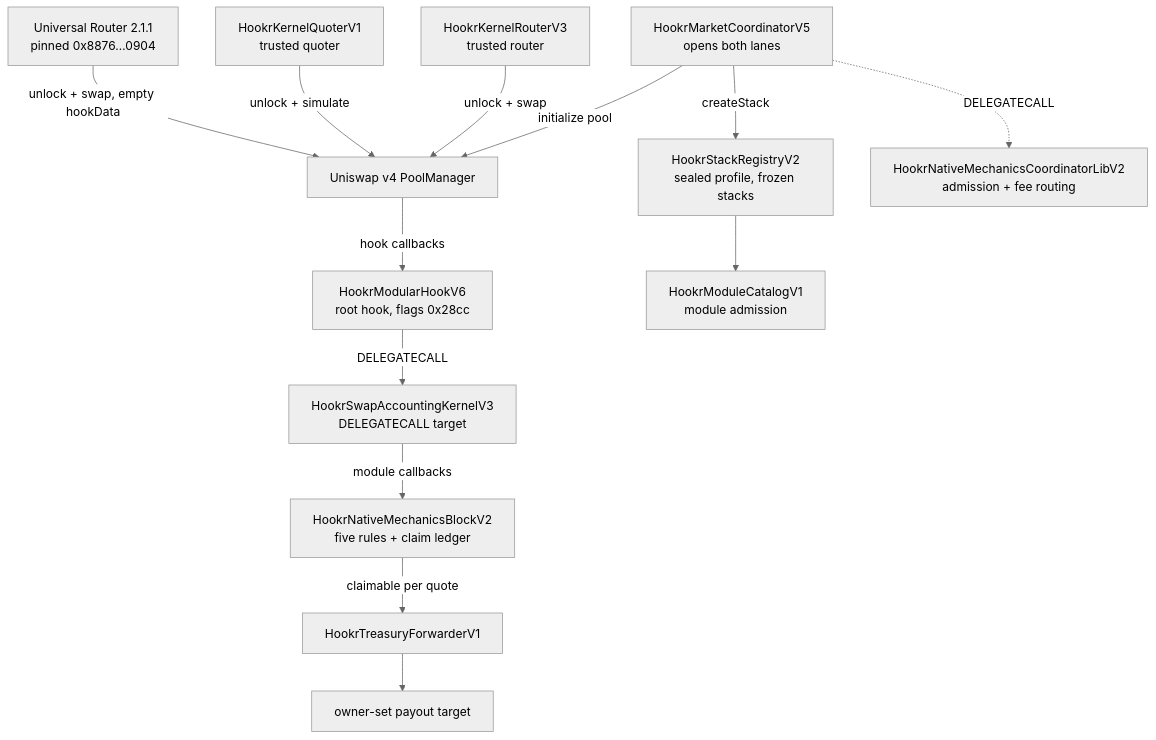
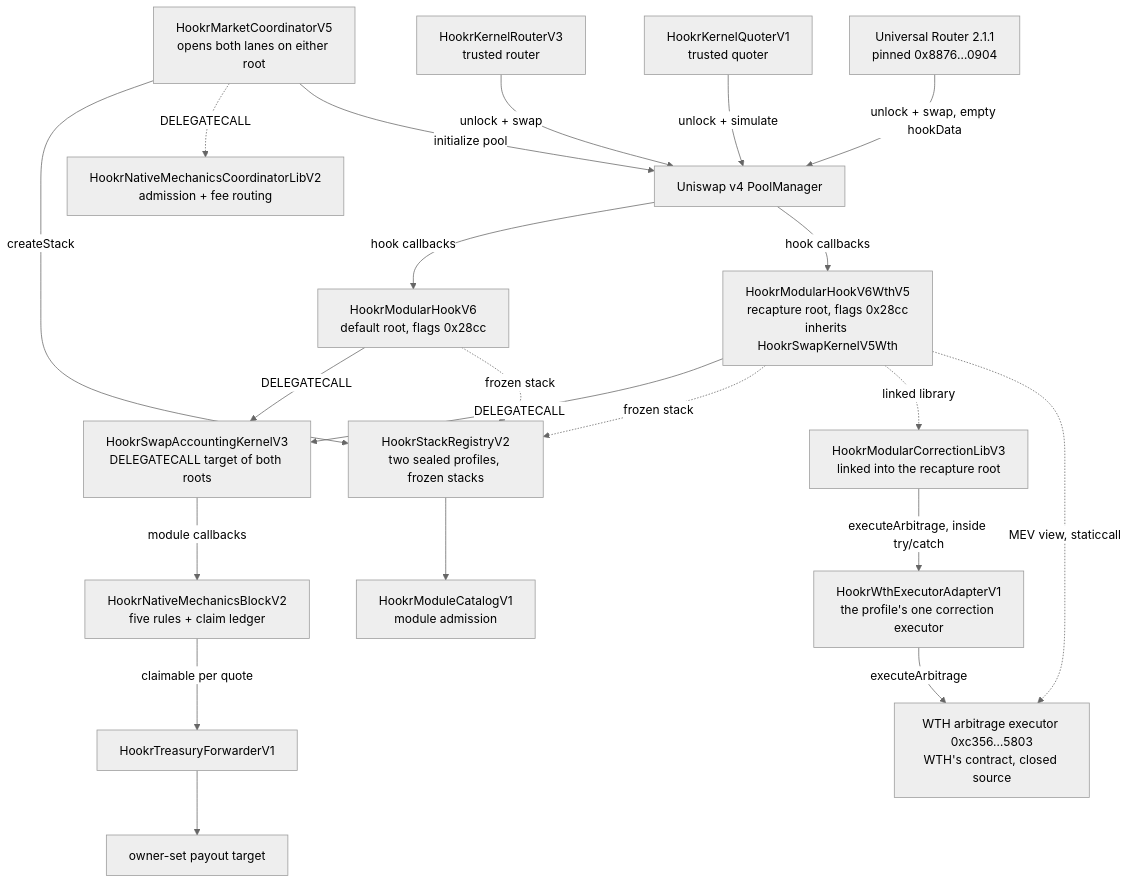
One commit to Hookr-fun/hookr-contracts changed the diagram in README.md. Above: the diagram before and after it, drawn with Mermaid (neutral theme). The commit also changed other lines of this file and 40 other files, not shown here.

First line of the commit message:
Publish the recapture root and open the repository to labs contributions (#6)

````diff
--- a/README.md
+++ b/README.md
@@ -9,29 +9,41 @@
 ```mermaid
 graph TD
   PM[Uniswap v4 PoolManager]
-  ROOT[HookrModularHookV6<br/>root hook, flags 0x28cc]
-  KACC[HookrSwapAccountingKernelV3<br/>DELEGATECALL target]
+  ROOT[HookrModularHookV6<br/>default root, flags 0x28cc]
+  ROOT2[HookrModularHookV6WthV5<br/>recapture root, flags 0x28cc<br/>inherits HookrSwapKernelV5Wth]
+  KACC[HookrSwapAccountingKernelV3<br/>DELEGATECALL target of both roots]
+  LIB3[HookrModularCorrectionLibV3<br/>linked into the recapture root]
+  ADAPTER[HookrWthExecutorAdapterV1<br/>the profile's one correction executor]
+  WTH[WTH arbitrage executor 0xc356…5803<br/>WTH's contract, closed source]
   BLOCK[HookrNativeMechanicsBlockV2<br/>five rules + claim ledger]
-  REG[HookrStackRegistryV2<br/>sealed profile, frozen stacks]
+  REG[HookrStackRegistryV2<br/>two sealed profiles, frozen stacks]
   CAT[HookrModuleCatalogV1<br/>module admission]
-  COORD[HookrMarketCoordinatorV5<br/>opens both lanes]
+  COORD[HookrMarketCoordinatorV5<br/>opens both lanes on either root]
   LIB[HookrNativeMechanicsCoordinatorLibV2<br/>admission + fee routing]
   ROUTER[HookrKernelRouterV3<br/>trusted router]
   QUOTER[HookrKernelQuoterV1<br/>trusted quoter]
   FWD[HookrTreasuryForwarderV1]
   TARGET[owner-set payout target]
   UR[Universal Router 2.1.1<br/>pinned 0x8876…0904]
 
   COORD -->|createStack| REG
   COORD -.->|DELEGATECALL| LIB
   REG --> CAT
   COORD -->|initialize pool| PM
   PM -->|hook callbacks| ROOT
+  PM -->|hook callbacks| ROOT2
   ROOT -->|DELEGATECALL| KACC
+  ROOT2 -->|DELEGATECALL| KACC
+  ROOT -.->|frozen stack| REG
+  ROOT2 -.->|frozen stack| REG
+  ROOT2 -.->|linked library| LIB3
+  LIB3 -->|executeArbitrage, inside try/catch| ADAPTER
+  ADAPTER -->|executeArbitrage| WTH
+  ROOT2 -.->|MEV view, staticcall| WTH
   KACC -->|module callbacks| BLOCK
   ROUTER -->|unlock + swap| PM
   QUOTER -->|unlock + simulate| PM
   UR -->|unlock + swap, empty hookData| PM
   BLOCK -->|claimable per quote| FWD
   FWD --> TARGET
 ```
````
